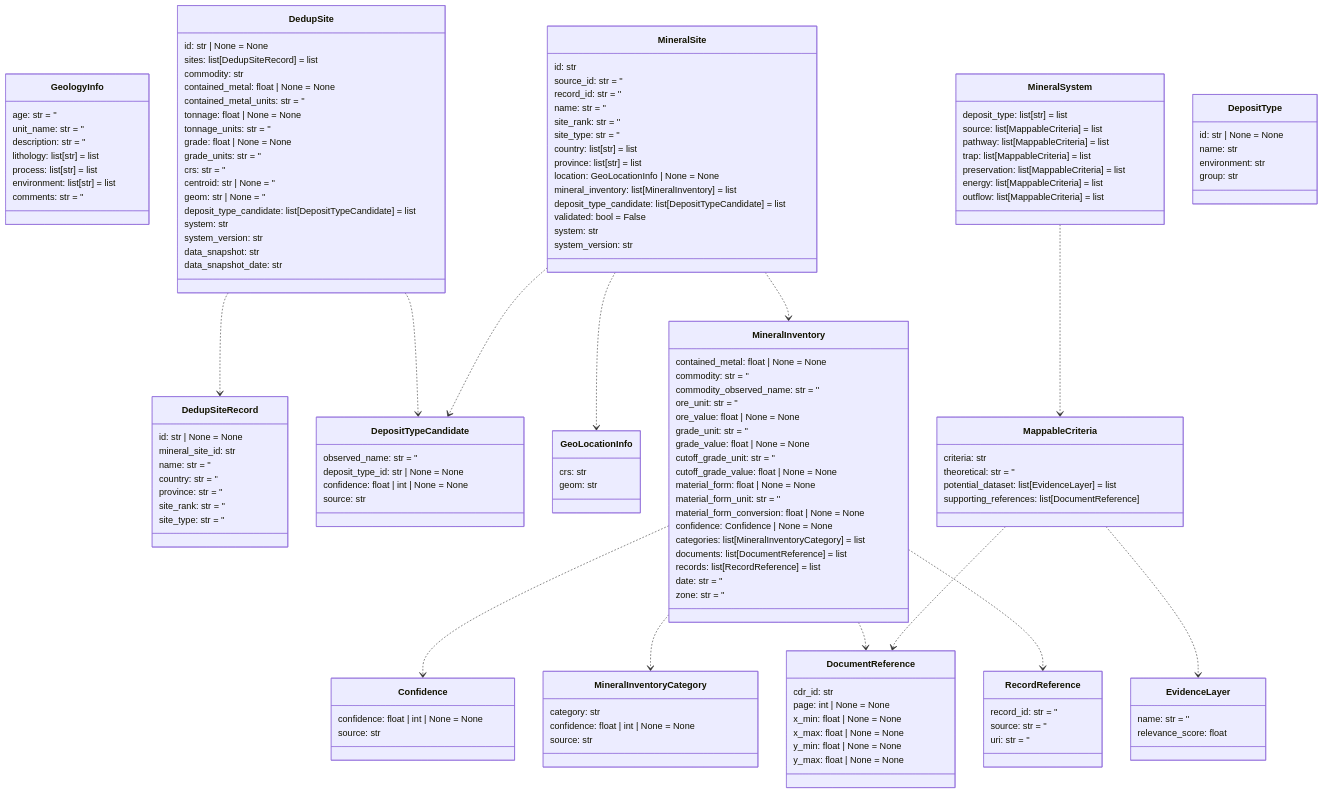
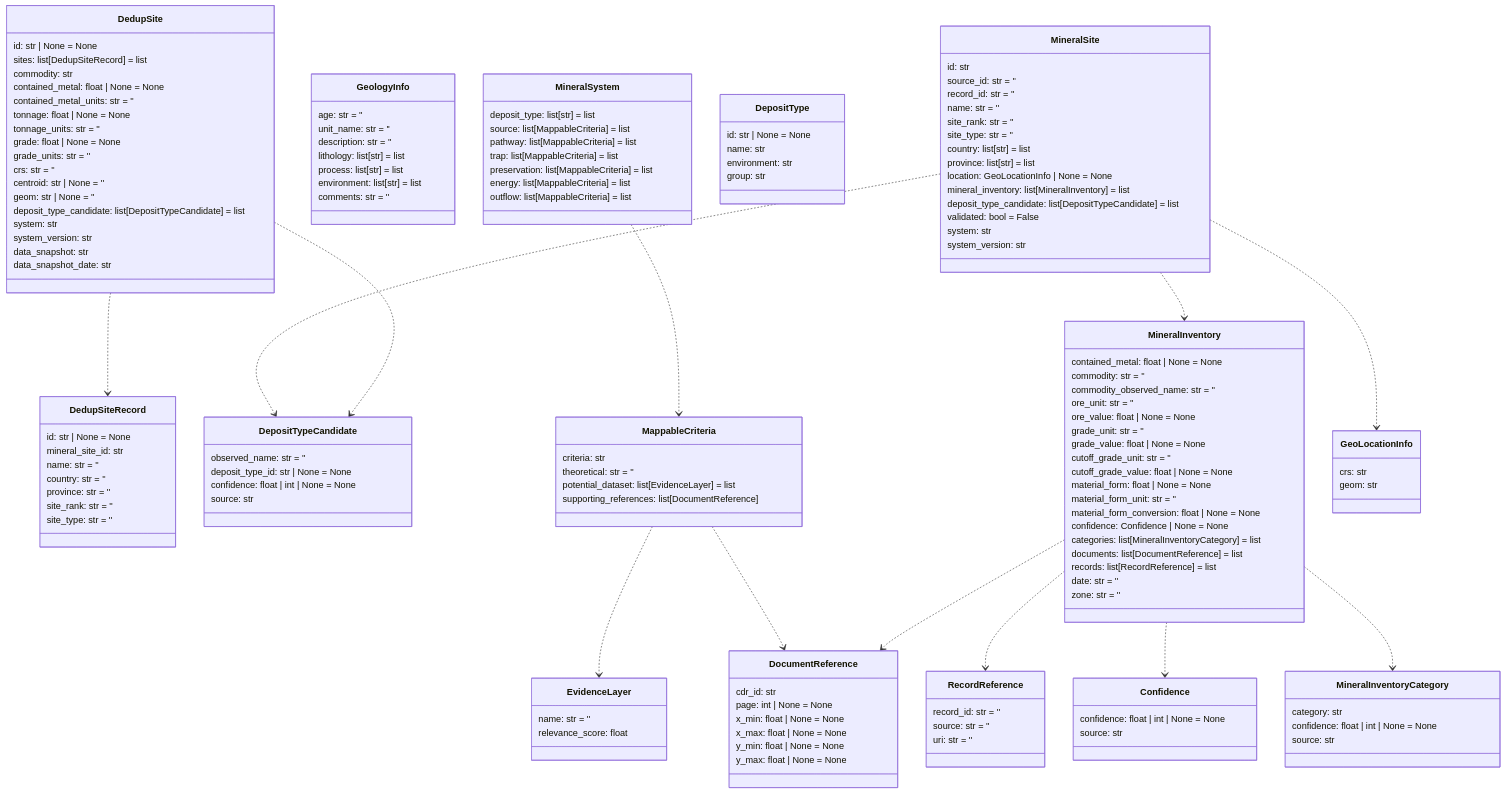
One commit to DARPA-CRITICALMAAS/cdr_schemas changed the tenth of 14 diagrams in README.md. Above: the diagram before and after it, drawn with Mermaid. The commit also changed other lines of this file and 1 other file, not shown here.

````diff
--- a/README.md
+++ b/README.md
@@ -766,5 +766,11 @@
 ```mermaid
 classDiagram
+
+    class MineralInventoryCategory {
+        category: str
+        confidence: float | int | None = None
+        source: str
+    }
 
     class DedupSiteRecord {
         id: str | None = None
@@ -776,42 +782,14 @@
         site_type: str = ''
     }
 
-    class Confidence {
-        confidence: float | int | None = None
-        source: str
-    }
-
-    class DepositTypeCandidate {
-        observed_name: str = ''
-        deposit_type_id: str | None = None
-        confidence: float | int | None = None
-        source: str
-    }
-
-    class GeoLocationInfo {
-        crs: str
-        geom: str
-    }
-
-    class MineralInventoryCategory {
-        category: str
-        confidence: float | int | None = None
-        source: str
-    }
-
-    class RecordReference {
-        record_id: str = ''
-        source: str = ''
-        uri: str = ''
-    }
-
-    class DocumentReference {
-        cdr_id: str
-        page: int | None = None
-        x_min: float | None = None
-        x_max: float | None = None
-        y_min: float | None = None
-        y_max: float | None = None
+    class MineralSystem {
+        deposit_type: list[str] = list
+        source: list[MappableCriteria] = list
+        pathway: list[MappableCriteria] = list
+        trap: list[MappableCriteria] = list
+        preservation: list[MappableCriteria] = list
+        energy: list[MappableCriteria] = list
+        outflow: list[MappableCriteria] = list
     }
 
     class GeologyInfo {
@@ -822,6 +800,50 @@
         process: list[str] = list
         environment: list[str] = list
         comments: str = ''
+    }
+
+    class RecordReference {
+        record_id: str = ''
+        source: str = ''
+        uri: str = ''
+    }
+
+    class Confidence {
+        confidence: float | int | None = None
+        source: str
+    }
+
+    class MineralSite {
+        id: str
+        source_id: str = ''
+        record_id: str = ''
+        name: str = ''
+        site_rank: str = ''
+        site_type: str = ''
+        country: list[str] = list
+        province: list[str] = list
+        location: GeoLocationInfo | None = None
+        mineral_inventory: list[MineralInventory] = list
+        deposit_type_candidate: list[DepositTypeCandidate] = list
+        validated: bool = False
+        system: str
+        system_version: str
+    }
+
+    class DepositTypeCandidate {
+        observed_name: str = ''
+        deposit_type_id: str | None = None
+        confidence: float | int | None = None
+        source: str
+    }
+
+    class DocumentReference {
+        cdr_id: str
+        page: int | None = None
+        x_min: float | None = None
+        x_max: float | None = None
+        y_min: float | None = None
+        y_max: float | None = None
     }
 
     class MineralInventory {
@@ -845,21 +867,16 @@
         zone: str = ''
     }
 
-    class MineralSite {
-        id: str
-        source_id: str = ''
-        record_id: str = ''
+    class EvidenceLayer {
         name: str = ''
-        site_rank: str = ''
-        site_type: str = ''
-        country: list[str] = list
-        province: list[str] = list
-        location: GeoLocationInfo | None = None
-        mineral_inventory: list[MineralInventory] = list
-        deposit_type_candidate: list[DepositTypeCandidate] = list
-        validated: bool = False
-        system: str
-        system_version: str
+        relevance_score: float
+    }
+
+    class DepositType {
+        id: str | None = None
+        name: str
+        environment: str
+        group: str
     }
 
     class MappableCriteria {
@@ -889,40 +906,23 @@
         data_snapshot_date: str
     }
 
-    class EvidenceLayer {
-        name: str = ''
-        relevance_score: float
+    class GeoLocationInfo {
+        crs: str
+        geom: str
     }
 
-    class MineralSystem {
-        deposit_type: list[str] = list
-        source: list[MappableCriteria] = list
-        pathway: list[MappableCriteria] = list
-        trap: list[MappableCriteria] = list
-        preservation: list[MappableCriteria] = list
-        energy: list[MappableCriteria] = list
-        outflow: list[MappableCriteria] = list
-    }
-
-    class DepositType {
-        id: str | None = None
-        name: str
-        environment: str
-        group: str
-    }
-
+    MappableCriteria ..> EvidenceLayer
     MappableCriteria ..> DocumentReference
-    MappableCriteria ..> EvidenceLayer
     MineralSystem ..> MappableCriteria
+    MineralInventory ..> RecordReference
     MineralInventory ..> Confidence
+    MineralInventory ..> MineralInventoryCategory
     MineralInventory ..> DocumentReference
-    MineralInventory ..> MineralInventoryCategory
-    MineralInventory ..> RecordReference
-    MineralSite ..> GeoLocationInfo
     MineralSite ..> MineralInventory
     MineralSite ..> DepositTypeCandidate
+    MineralSite ..> GeoLocationInfo
+    DedupSite ..> DepositTypeCandidate
     DedupSite ..> DedupSiteRecord
-    DedupSite ..> DepositTypeCandidate
 
 
 ```
````
